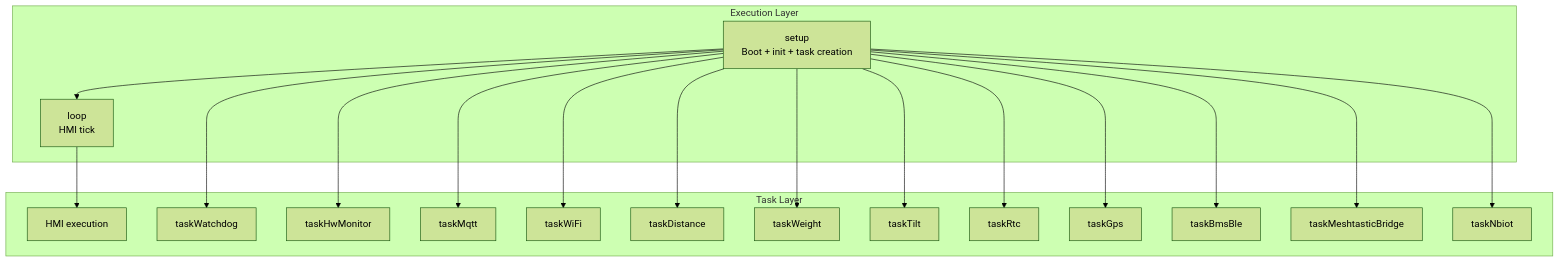
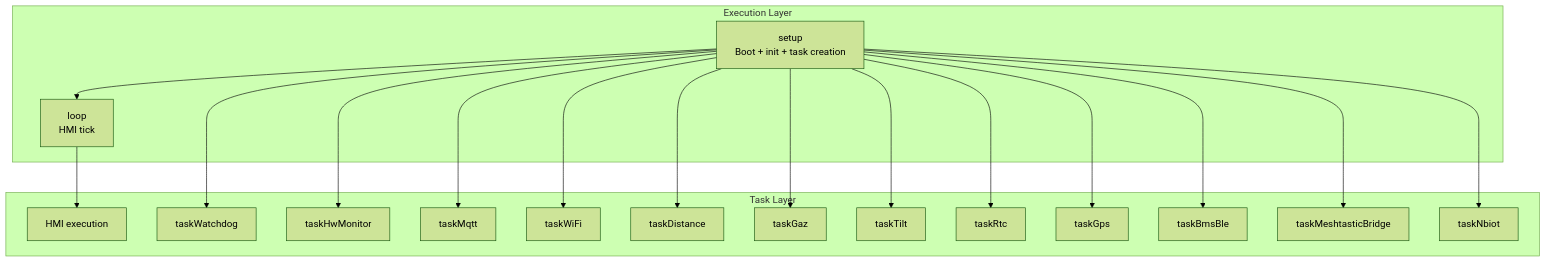
Before and after one commit to lburais/SmartFranklin: the diagram in README.md, drawn with Mermaid (forest theme). The commit also changed other lines of this file and 21 other files, not shown here.

````diff
--- a/README.md
+++ b/README.md
@@ -25,38 +25,38 @@
 ```mermaid
 flowchart TD
     subgraph L1[Execution Layer]
         SETUP[setup\nBoot + init + task creation]
         LOOP[loop\nHMI tick]
     end
 
     subgraph L2[Task Layer]
         T_HMI[HMI execution]
         T_WD[taskWatchdog]
         T_HW[taskHwMonitor]
         T_MQTT[taskMqtt]
         T_WIFI[taskWiFi]
         T_DIST[taskDistance]
-        T_WEIGHT[taskWeight]
+        T_GAZ[taskGaz]
         T_TILT[taskTilt]
         T_RTC[taskRtc]
         T_GPS[taskGps]
         T_BMS[taskBmsBle]
         T_MESH[taskMeshtasticBridge]
         T_NBIOT[taskNbiot]
     end
 
     SETUP --> LOOP
     LOOP --> T_HMI
     SETUP --> T_WD
     SETUP --> T_HW
     SETUP --> T_MQTT
     SETUP --> T_WIFI
     SETUP --> T_DIST
-    SETUP --> T_WEIGHT
+    SETUP --> T_GAZ
     SETUP --> T_TILT
     SETUP --> T_RTC
     SETUP --> T_GPS
     SETUP --> T_BMS
     SETUP --> T_MESH
     SETUP --> T_NBIOT
 ```
````
